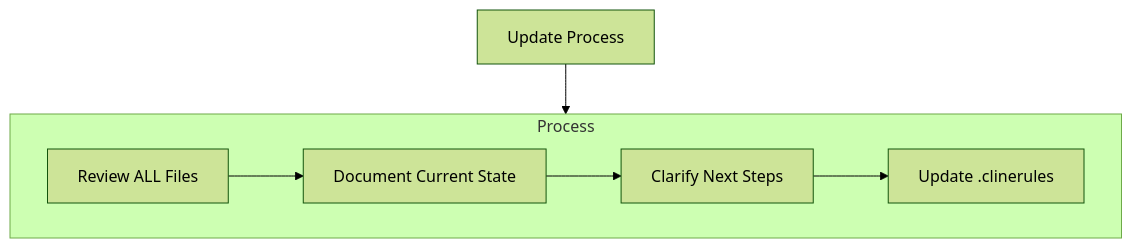
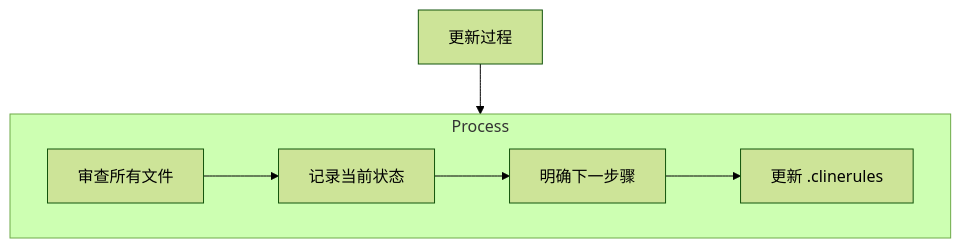
Before and after one commit to nkuacac/cline-chinese: the fourth of 5 diagrams in docs/prompting/custom instructions library/raw-instructions/cline-memory-bank.md, drawn with Mermaid (forest theme). The commit also changed other lines of this file and 29 other files, not shown here.

````diff
--- a/docs/prompting/custom instructions library/raw-instructions/cline-memory-bank.md
+++ b/docs/prompting/custom instructions library/raw-instructions/cline-memory-bank.md
@@ -101,15 +101,15 @@
 ```mermaid
 flowchart TD
-    Start[Update Process]
+    Start[更新过程]
     
     subgraph Process
-        P1[Review ALL Files]
-        P2[Document Current State]
-        P3[Clarify Next Steps]
-        P4[Update .clinerules]
+        P1[审查所有文件]
+        P2[记录当前状态]
+        P3[明确下一步骤]
+        P4[更新 .clinerules]
         
         P1 --> P2 --> P3 --> P4
     end
     
     Start --> Process
 ```
````
